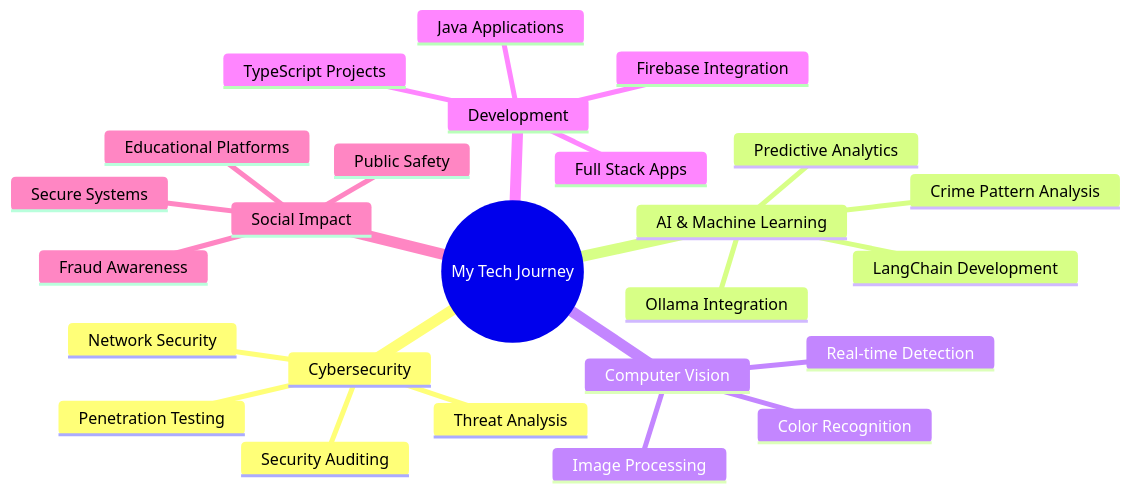
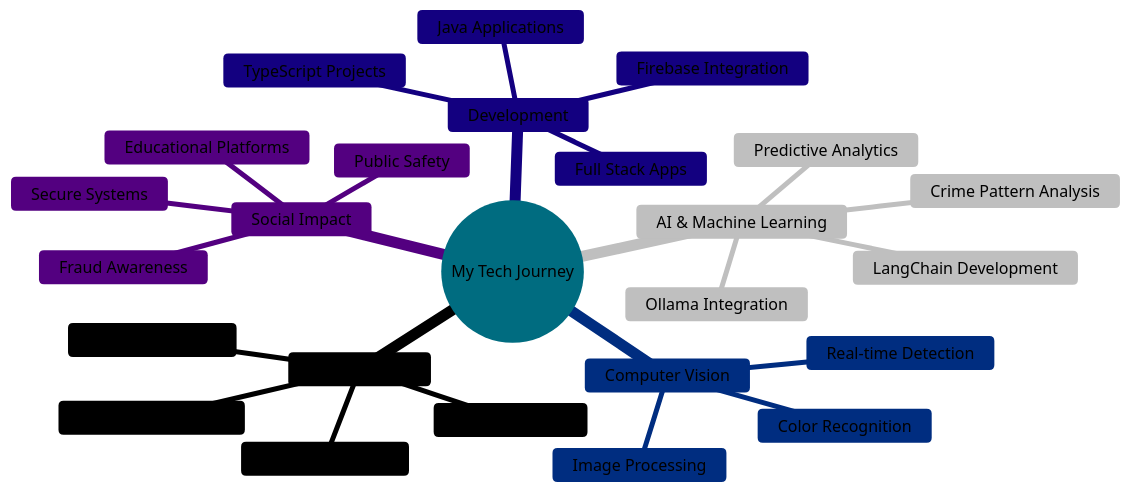
One commit to Hyperterror/Hyperterror changed the diagram in README.md. Above: the diagram before and after it, drawn with Mermaid.

````diff
--- a/README.md
+++ b/README.md
@@ -133,28 +133,29 @@
 ```mermaid
+%%{init: {'theme':'base', 'themeVariables': { 'primaryColor':'#00D9FF','primaryTextColor':'#000','primaryBorderColor':'#00D9FF','lineColor':'#00D9FF','secondaryColor':'#006100','tertiaryColor':'#fff', 'fontSize':'16px'}}}%%
 mindmap
   root((My Tech Journey))
     Cybersecurity
       Penetration Testing
       Network Security
       Threat Analysis
       Security Auditing
     AI & Machine Learning
       LangChain Development
       Ollama Integration
       Predictive Analytics
       Crime Pattern Analysis
     Computer Vision
       Real-time Detection
       Image Processing
       Color Recognition
     Development
       Full Stack Apps
       Firebase Integration
       TypeScript Projects
       Java Applications
     Social Impact
       Fraud Awareness
       Public Safety
       Educational Platforms
       Secure Systems
 ```
````
